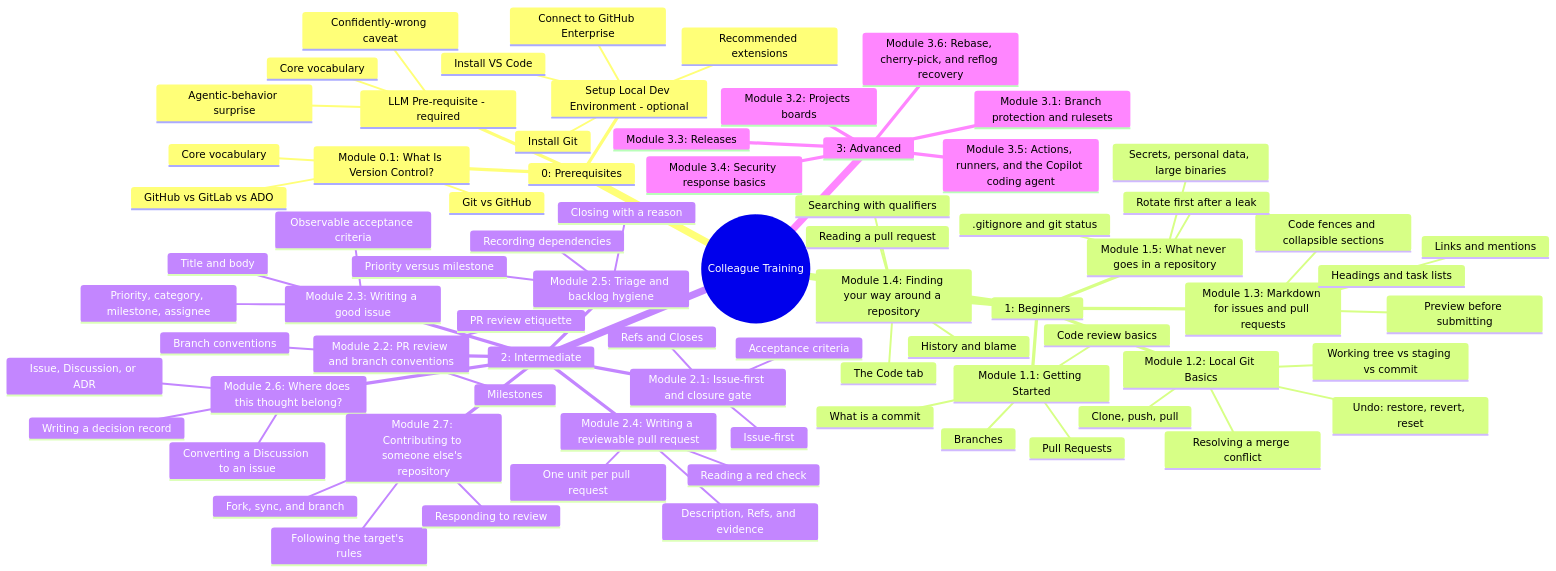
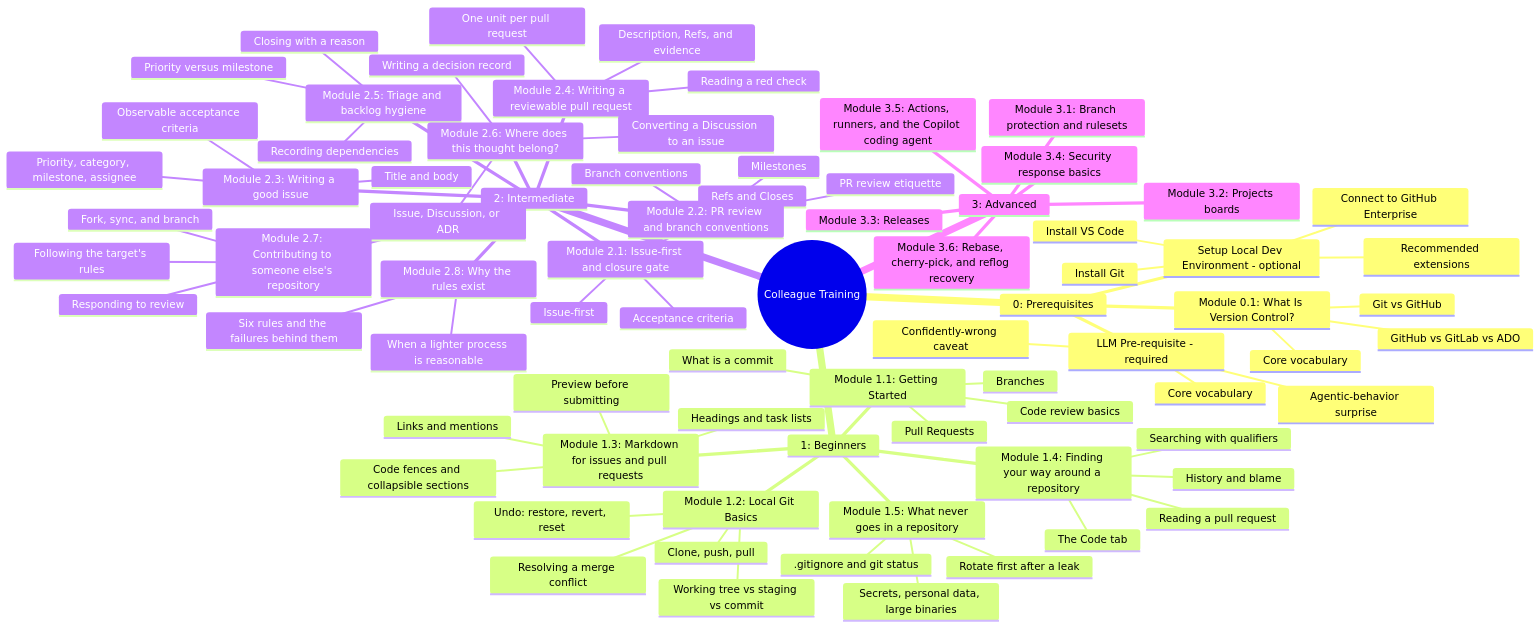
The second of 2 diagrams in education/README.md (JeanKadang/DOC-GitHub-Practice-Skills), drawn with Mermaid before and after one commit. The commit also changed other lines of this file and 3 other files, not shown here.

First line of the commit message:
docs: add Module 2.8, why the rules exist

````diff
--- a/education/README.md
+++ b/education/README.md
@@ -120,79 +122,82 @@
 ```mermaid
 mindmap
   root((Colleague Training))
     0: Prerequisites
       Module 0.1: What Is Version Control?
         Git vs GitHub
         Core vocabulary
         GitHub vs GitLab vs ADO
       LLM Pre-requisite - required
         Core vocabulary
         Agentic-behavior surprise
         Confidently-wrong caveat
       Setup Local Dev Environment - optional
         Install Git
         Install VS Code
         Connect to GitHub Enterprise
         Recommended extensions
     1: Beginners
       Module 1.1: Getting Started
         What is a commit
         Branches
         Pull Requests
         Code review basics
       Module 1.2: Local Git Basics
         Working tree vs staging vs commit
         Clone, push, pull
         Resolving a merge conflict
         Undo: restore, revert, reset
       Module 1.3: Markdown for issues and pull requests
         Headings and task lists
         Code fences and collapsible sections
         Links and mentions
         Preview before submitting
       Module 1.4: Finding your way around a repository
         The Code tab
         History and blame
         Searching with qualifiers
         Reading a pull request
       Module 1.5: What never goes in a repository
         Secrets, personal data, large binaries
         .gitignore and git status
         Rotate first after a leak
     2: Intermediate
       Module 2.1: Issue-first and closure gate
         Issue-first
         Refs and Closes
         Acceptance criteria
       Module 2.2: PR review and branch conventions
         PR review etiquette
         Branch conventions
         Milestones
       Module 2.3: Writing a good issue
         Title and body
         Observable acceptance criteria
         Priority, category, milestone, assignee
       Module 2.4: Writing a reviewable pull request
         One unit per pull request
         Description, Refs, and evidence
         Reading a red check
       Module 2.5: Triage and backlog hygiene
         Priority versus milestone
         Recording dependencies
         Closing with a reason
       Module 2.6: Where does this thought belong?
         Issue, Discussion, or ADR
         Converting a Discussion to an issue
         Writing a decision record
       Module 2.7: Contributing to someone else's repository
         Fork, sync, and branch
         Following the target's rules
         Responding to review
+      Module 2.8: Why the rules exist
+        Six rules and the failures behind them
+        When a lighter process is reasonable
     3: Advanced
       Module 3.1: Branch protection and rulesets
       Module 3.2: Projects boards
       Module 3.3: Releases
       Module 3.4: Security response basics
       Module 3.5: Actions, runners, and the Copilot coding agent
       Module 3.6: Rebase, cherry-pick, and reflog recovery
 ```
````
